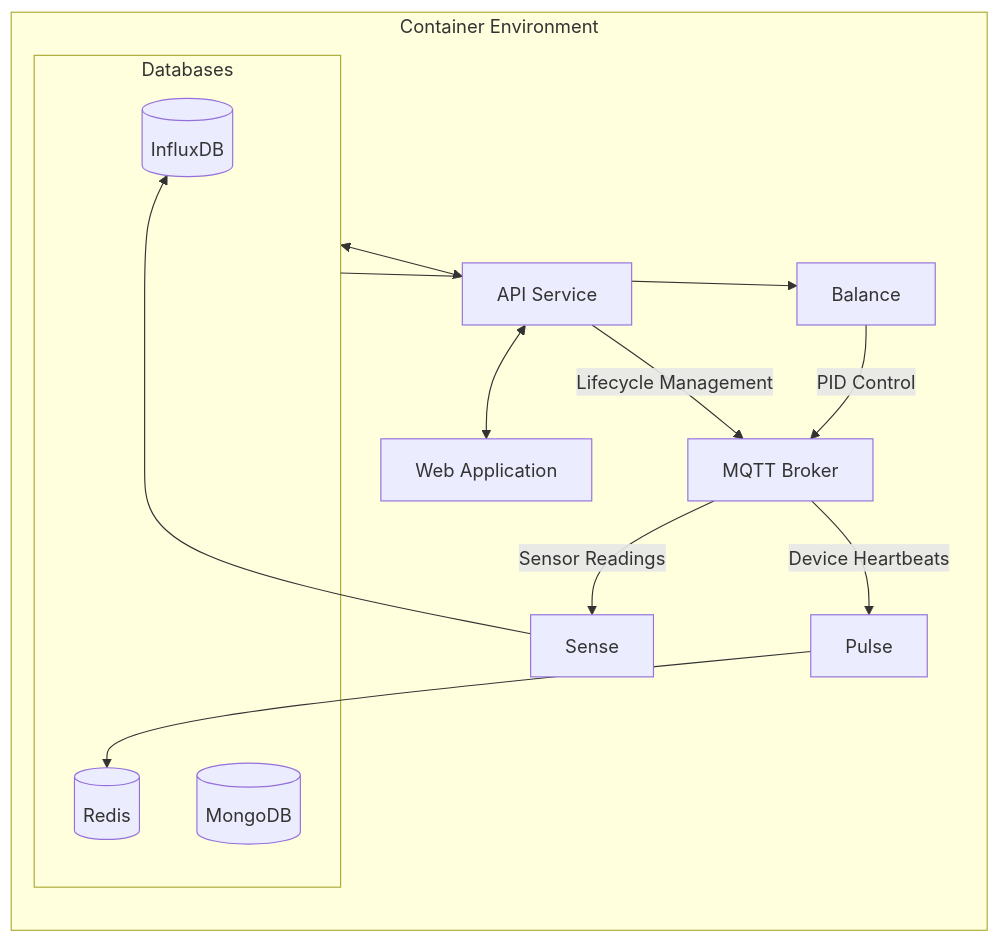
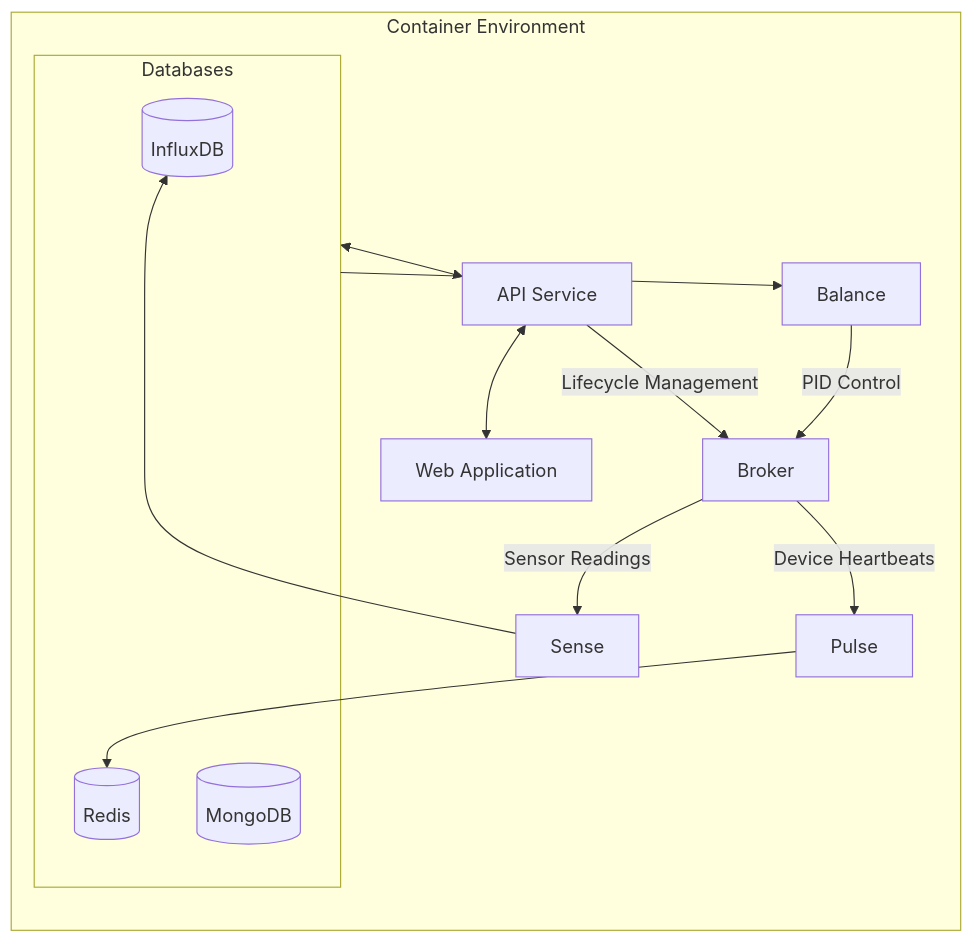
One commit to WolfControl/wolfcontrol.github.io changed the second of 2 diagrams in content/developers/architecture.md. Above: the diagram before and after it, drawn with Mermaid. The commit also changed other lines of this file and 2 other files, not shown here.

````diff
--- a/content/developers/architecture.md
+++ b/content/developers/architecture.md
@@ -48,29 +48,29 @@
 ```mermaid
 graph LR
 subgraph "Container Environment"
-    MQTT["MQTT Broker"]
+    Broker
     Sense
     Pulse
     Balance
     subgraph "Databases"
         Influx[(InfluxDB)]
         Mongo[(MongoDB)]
         Redis[(Redis)]
     end
     API[API Service]
     WebApp[Web Application]
 end
 
-MQTT -- "Sensor Readings" --> Sense
-MQTT -- "Device Heartbeats" --> Pulse
+Broker -- "Sensor Readings" --> Sense
+Broker -- "Device Heartbeats" --> Pulse
 Sense --> Influx
 Pulse --> Redis
 
 Databases --> Balance
 Databases <--> API
 
-API -- "Lifecycle Management" --> MQTT
+API -- "Lifecycle Management" --> Broker
 API  <--> WebApp
 
-Balance -- "PID Control" --> MQTT
+Balance -- "PID Control" --> Broker
 ```
````
